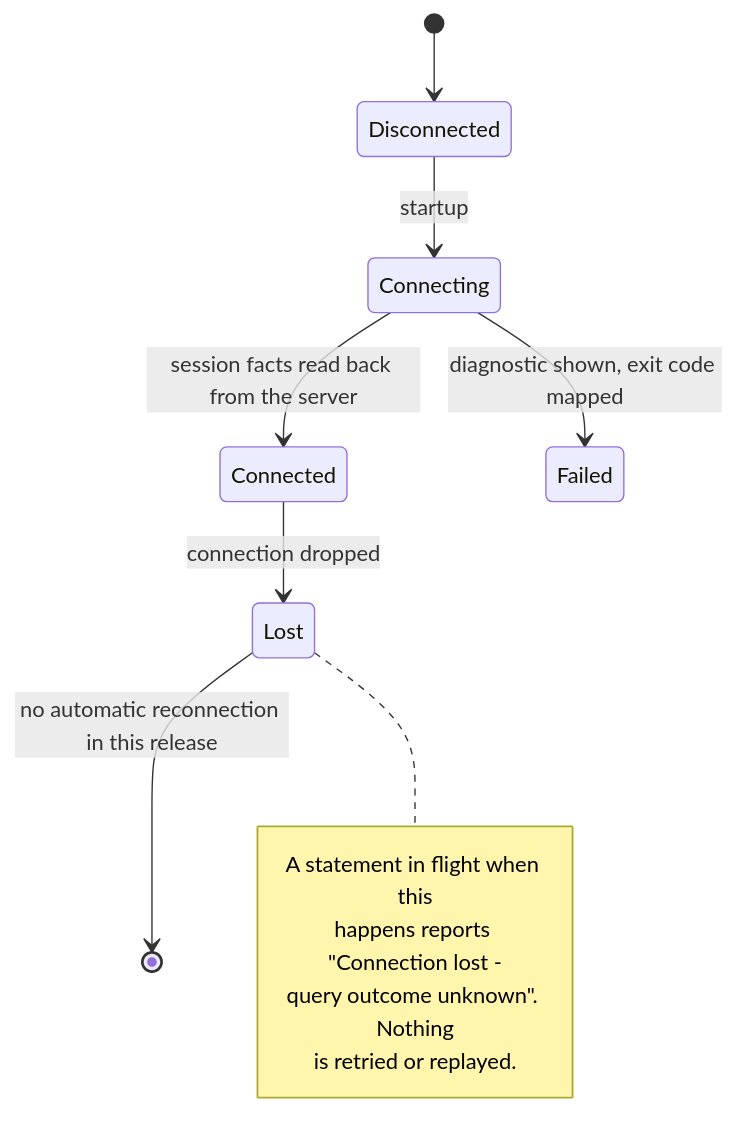
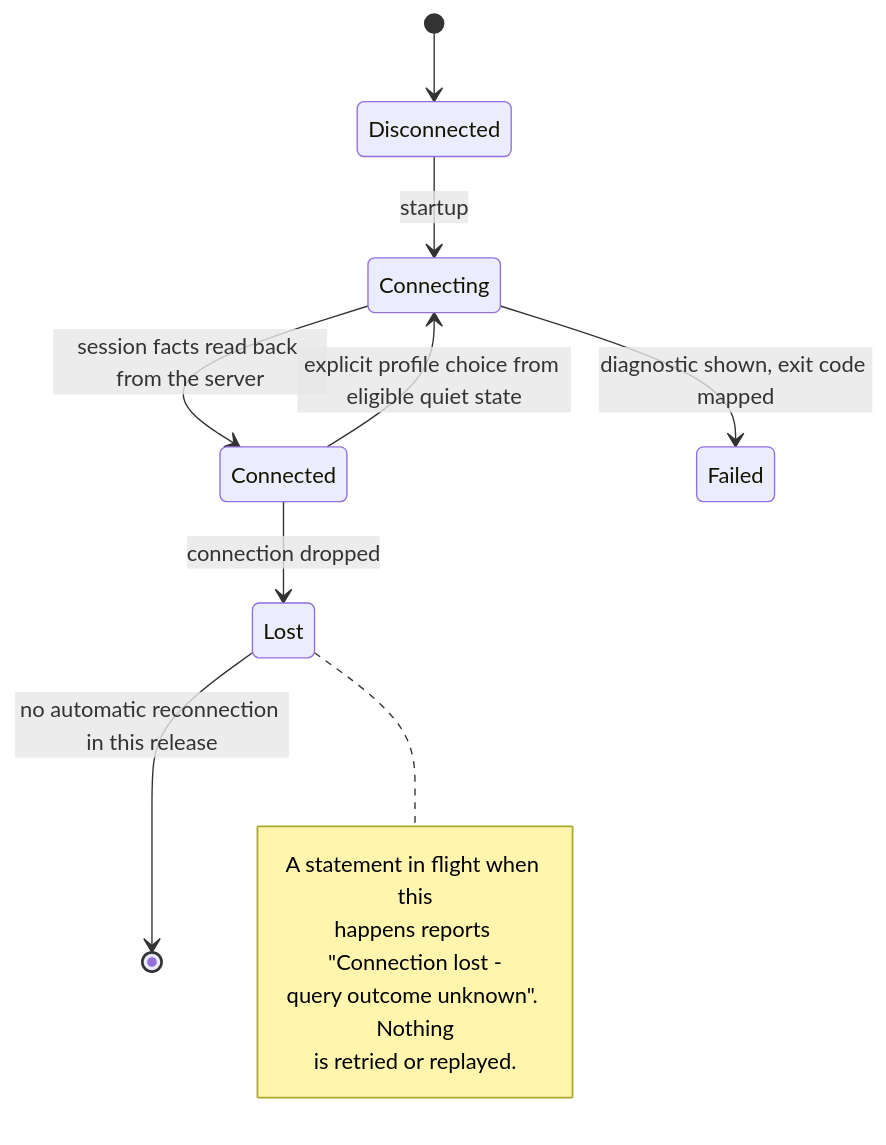
The second of 2 diagrams in docs/architecture/runtime-state.md (tkomane/ignatius), drawn with Mermaid before and after one commit. The commit also changed other lines of this file and 159 other files, not shown here.

First line of the commit message:
Integrate verified interactive client roadmap

````diff
--- a/docs/architecture/runtime-state.md
+++ b/docs/architecture/runtime-state.md
@@ -41,15 +46,18 @@
 ```mermaid
 stateDiagram-v2
     [*] --> Disconnected
+    %% Trust boundary: connection facts are read from the selected PostgreSQL server.
+    %% Open evidence: native cloud launcher and provider-account behaviour (W06).
     Disconnected --> Connecting: startup
     Connecting --> Connected: session facts read back from the server
     Connecting --> Failed: diagnostic shown, exit code mapped
     Connected --> Lost: connection dropped
+    Connected --> Connecting: explicit profile choice from eligible quiet state
     Lost --> [*]: no automatic reconnection in this release
     note right of Lost
         A statement in flight when this
         happens reports "Connection lost -
         query outcome unknown". Nothing
         is retried or replayed.
     end note
 ```
````
